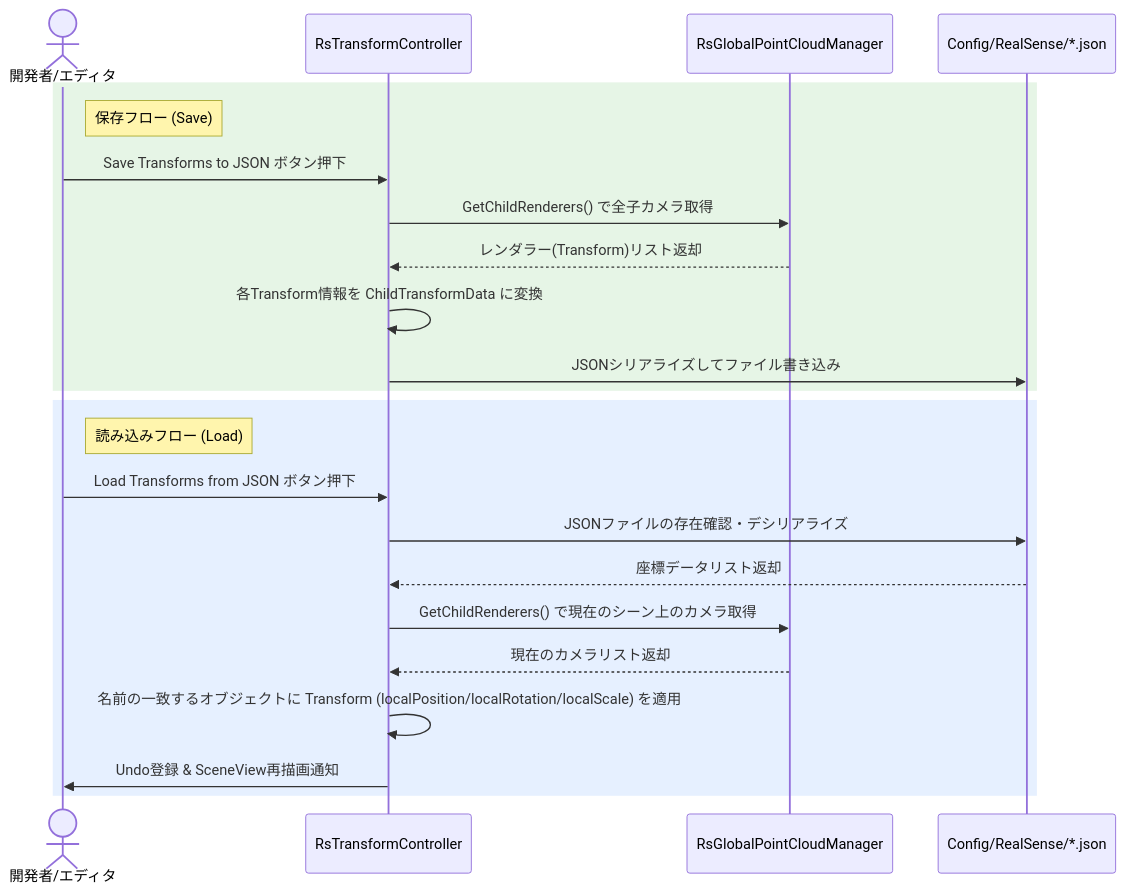
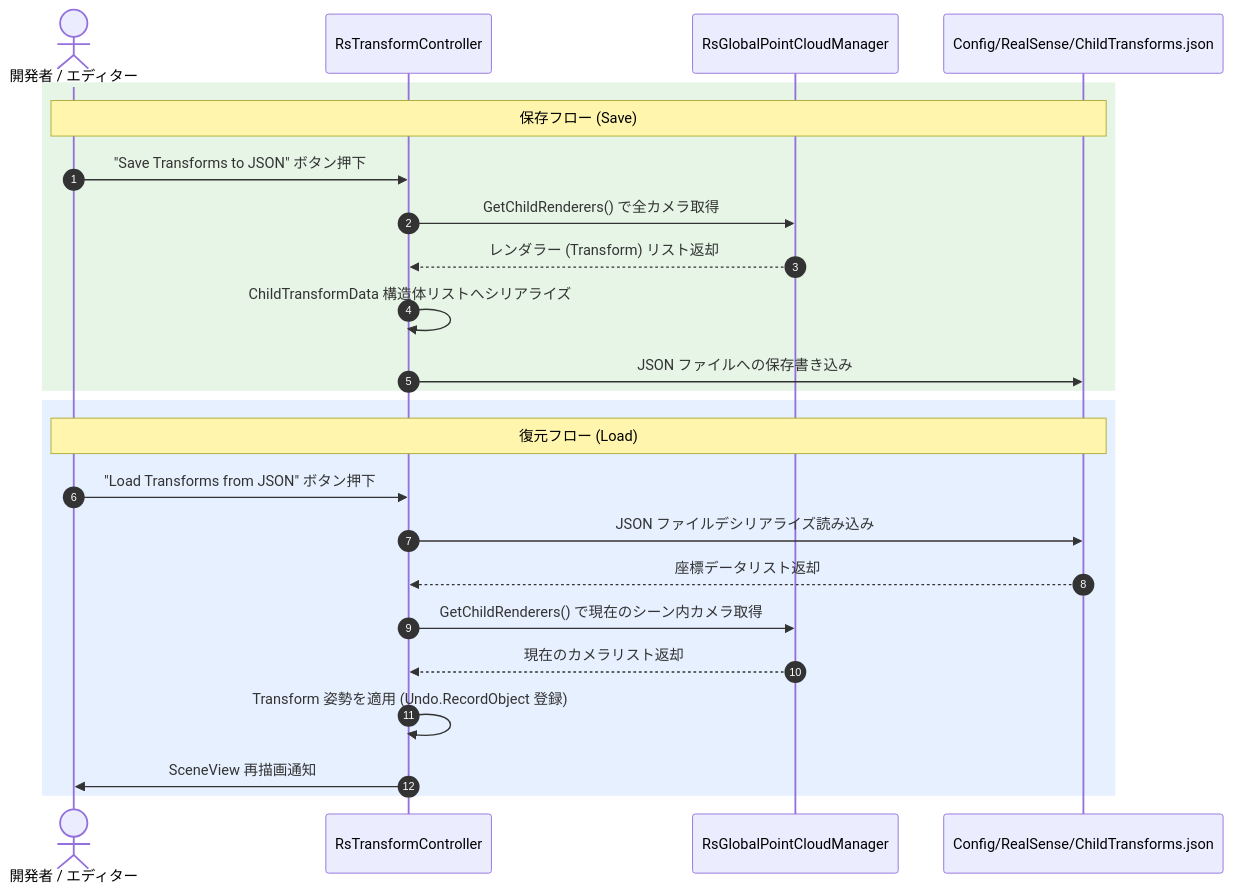
Before and after one commit to kotetsuOU/HandTrakingDemo: the second of 2 diagrams in Docs/Initialization.md, drawn with Mermaid. The commit also changed other lines of this file and 362 other files, not shown here.

````diff
--- a/Docs/Initialization.md
+++ b/Docs/Initialization.md
@@ -111,29 +56,28 @@
 ```mermaid
 sequenceDiagram
-    actor Developer as 開発者/エディタ
+    autonumber
+    actor Developer as 開発者 / エディター
     participant TC as RsTransformController
     participant GM as RsGlobalPointCloudManager
-    participant Disk as Config/RealSense/*.json
+    participant Disk as Config/RealSense/ChildTransforms.json
 
-    %% 保存フロー
     rect rgb(230, 245, 230)
-    note right of Developer: 保存フロー (Save)
-    Developer->>TC: Save Transforms to JSON ボタン押下
-    TC->>GM: GetChildRenderers() で全子カメラ取得
-    GM-->>TC: レンダラー(Transform)リスト返却
-    TC->>TC: 各Transform情報を ChildTransformData に変換
-    TC->>Disk: JSONシリアライズしてファイル書き込み
+    Note over Developer, Disk: 保存フロー (Save)
+    Developer->>TC: "Save Transforms to JSON" ボタン押下
+    TC->>GM: GetChildRenderers() で全カメラ取得
+    GM-->>TC: レンダラー (Transform) リスト返却
+    TC->>TC: ChildTransformData 構造体リストへシリアライズ
+    TC->>Disk: JSON ファイルへの保存書き込み
     end
 
-    %% 読み込みフロー
     rect rgb(230, 240, 255)
-    note right of Developer: 読み込みフロー (Load)
-    Developer->>TC: Load Transforms from JSON ボタン押下
-    TC->>Disk: JSONファイルの存在確認・デシリアライズ
+    Note over Developer, Disk: 復元フロー (Load)
+    Developer->>TC: "Load Transforms from JSON" ボタン押下
+    TC->>Disk: JSON ファイルデシリアライズ読み込み
     Disk-->>TC: 座標データリスト返却
-    TC->>GM: GetChildRenderers() で現在のシーン上のカメラ取得
+    TC->>GM: GetChildRenderers() で現在のシーン内カメラ取得
     GM-->>TC: 現在のカメラリスト返却
-    TC->>TC: 名前の一致するオブジェクトに Transform (localPosition/localRotation/localScale) を適用
-    TC->>Developer: Undo登録 & SceneView再描画通知
+    TC->>TC: Transform 姿勢を適用 (Undo.RecordObject 登録)
+    TC->>Developer: SceneView 再描画通知
     end
 ```
````
